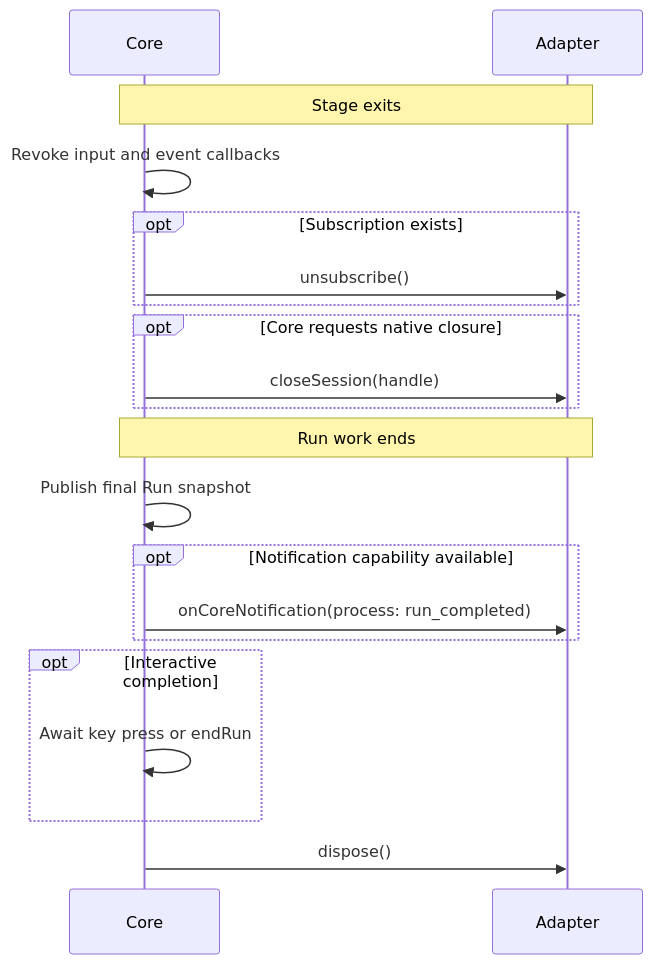
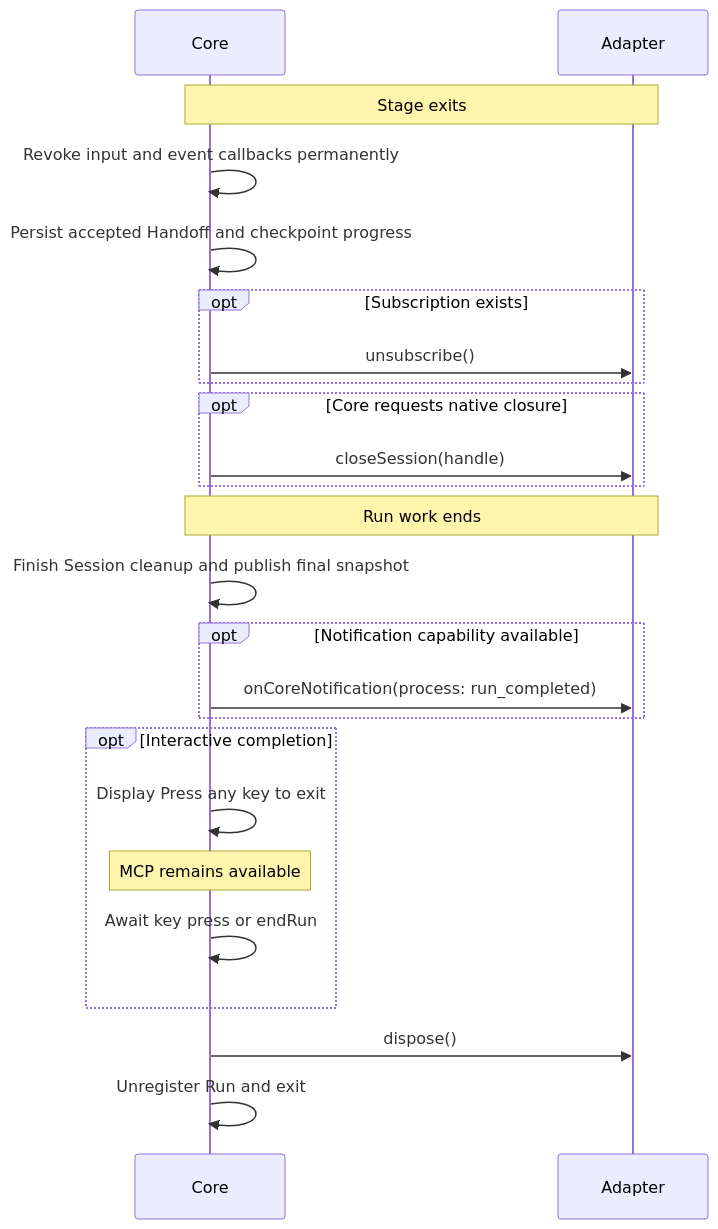
Before and after one commit to BuddyLabsCo/issue-runner-core: the sixth of 6 diagrams in docs/terminal-contract.md, drawn with Mermaid. The commit also changed other lines of this file, not shown here.

Commit message:
docs: express lifecycle flows in Mermaid diagrams

````diff
--- a/docs/terminal-contract.md
+++ b/docs/terminal-contract.md
@@ -505,22 +507,26 @@
 ```mermaid
 sequenceDiagram
     participant Core
     participant Adapter
     Note over Core,Adapter: Stage exits
-    Core->>Core: Revoke input and event callbacks
+    Core->>Core: Revoke input and event callbacks permanently
+    Core->>Core: Persist accepted Handoff and checkpoint progress
     opt Subscription exists
         Core->>Adapter: unsubscribe()
     end
     opt Core requests native closure
         Core->>Adapter: closeSession(handle)
     end
     Note over Core,Adapter: Run work ends
-    Core->>Core: Publish final Run snapshot
+    Core->>Core: Finish Session cleanup and publish final snapshot
     opt Notification capability available
         Core->>Adapter: onCoreNotification(process: run_completed)
     end
     opt Interactive completion
+        Core->>Core: Display Press any key to exit
+        Note over Core: MCP remains available
         Core->>Core: Await key press or endRun
     end
     Core->>Adapter: dispose()
+    Core->>Core: Unregister Run and exit
 ```
````
